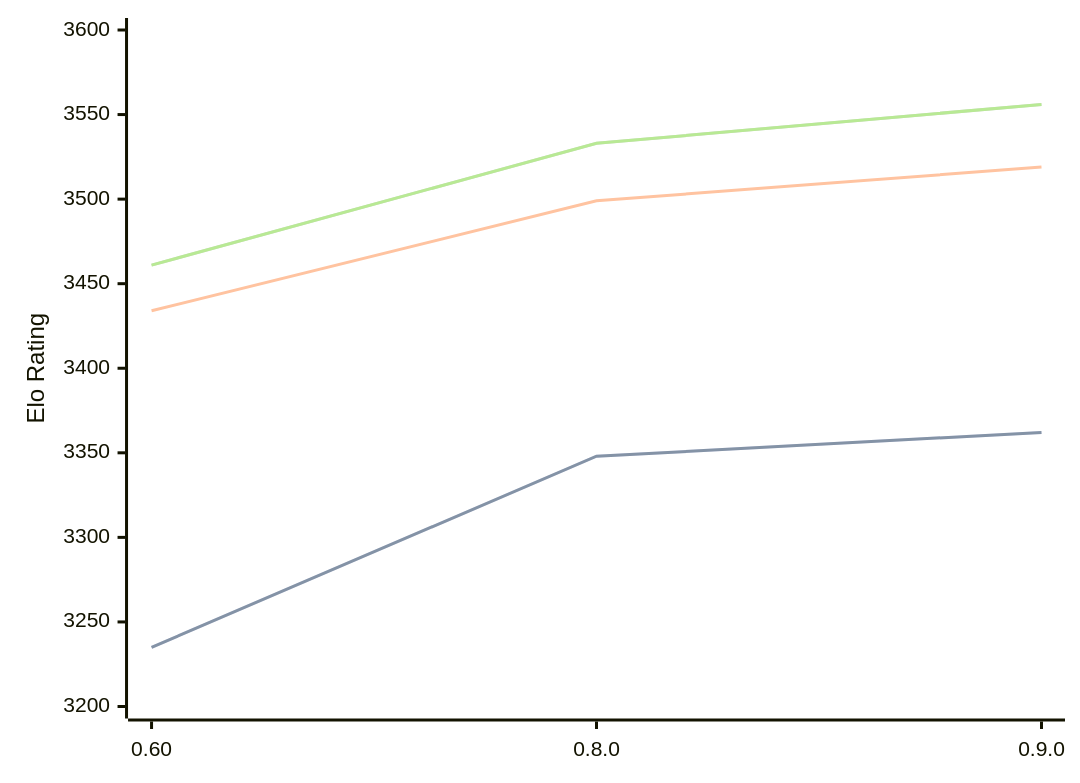
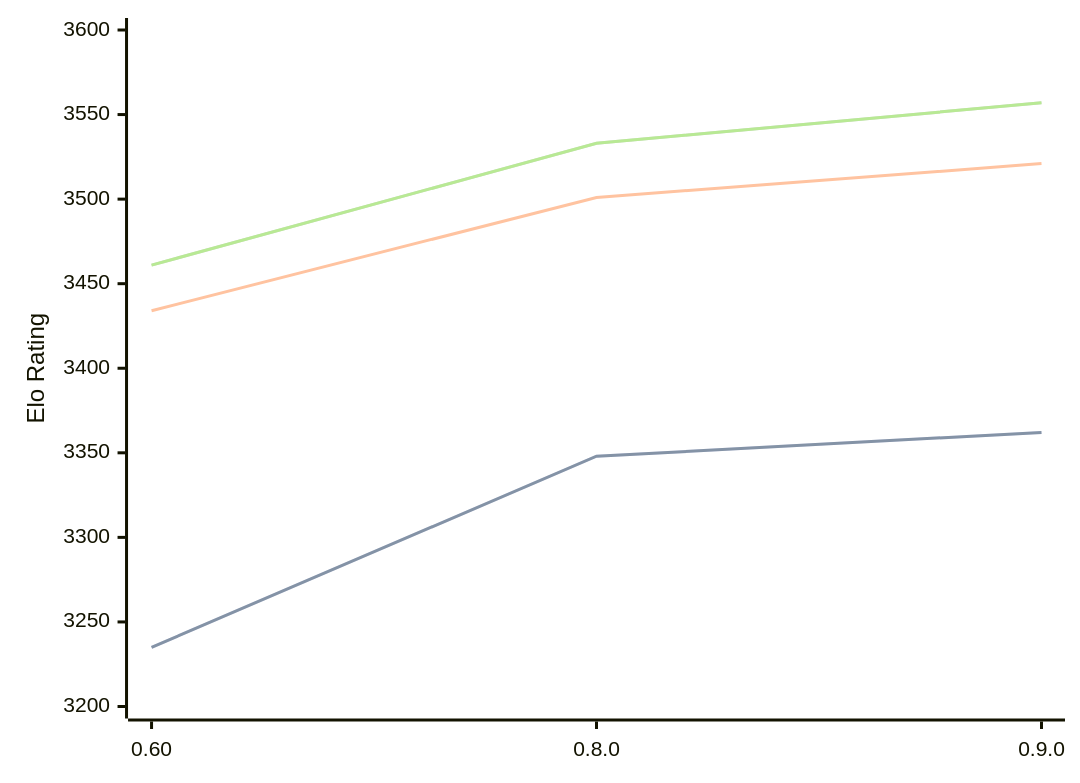
One commit to computer-chess-index/cci changed the diagram in engines/Motor.md. Above: the diagram before and after it, drawn with Mermaid. The commit also changed other lines of this file, not shown here.

Commit message:
Update CCI Ratings (ELO VLTC) - 2026-04-03

````diff
--- a/engines/Motor.md
+++ b/engines/Motor.md
@@ -39,11 +39,11 @@
 ```mermaid
 %%{init: {"theme":"base","themeVariables":{"seriesColors:['#a3a3a3','#222221','#faa371']}}}%%
 xychart-beta
   x-axis ["0.60", "0.8.0", "0.9.0"]
   y-axis "Elo Rating" 3200 --> 3600
   line "STC (8.0+0.08s)" [3235, 3348, 3362]
   line "STC (8.0+0.08s)" [3235, 3348, 3362]
-  line "LTC (60.0+0.60s)" [3434, 3499, 3519]
-  line "VLTC (2m24s+1.12s)" [3461, 3533, 3556]
-  line "VLTC (2m24s+1.12s)" [3461, 3533, 3556]
+  line "LTC (60.0+0.60s)" [3434, 3501, 3521]
+  line "VLTC (2m24s+1.12s)" [3461, 3533, 3557]
+  line "VLTC (2m24s+1.12s)" [3461, 3533, 3557]
 ```
````
